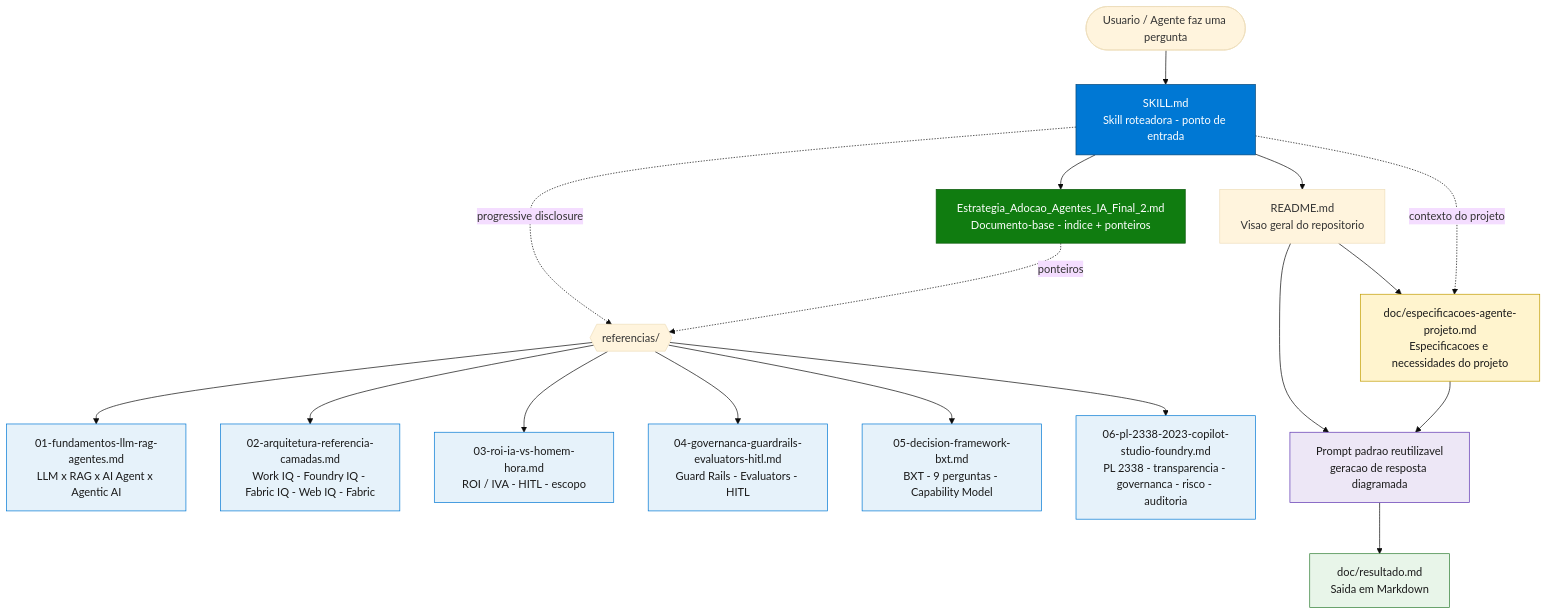
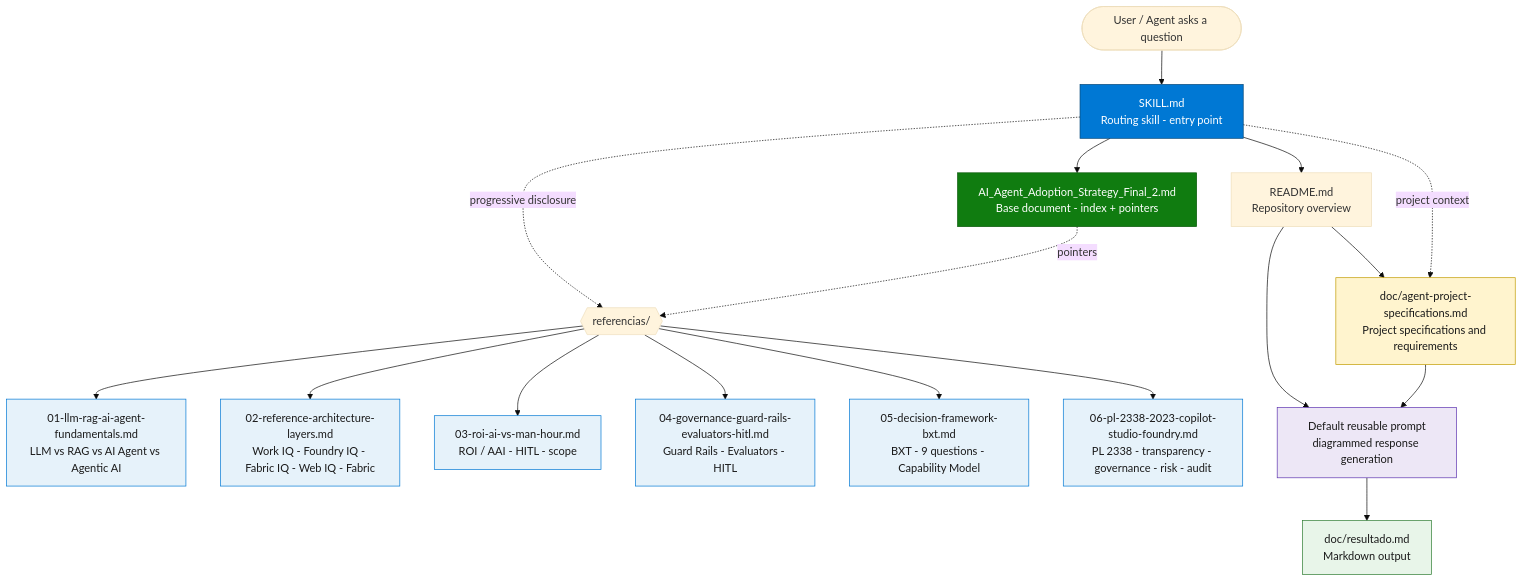
One commit to fabioharams/hubsp-ai-skill changed the first of 2 diagrams in README.md. Above: the diagram before and after it, drawn with Mermaid (base theme). The commit also changed other lines of this file and 21 other files, not shown here.

````diff
--- a/README.md
+++ b/README.md
@@ -36,35 +36,35 @@
 ```mermaid
 graph TD
-    USER([Usuario / Agente faz uma pergunta]) --> SKILL[SKILL.md<br/>Skill roteadora - ponto de entrada]
-    SKILL --> CANON[Estrategia_Adocao_Agentes_IA_Final_2.md<br/>Documento-base - indice + ponteiros]
+    USER([User / Agent asks a question]) --> SKILL[SKILL.md<br/>Routing skill - entry point]
+    SKILL --> CANON[AI_Agent_Adoption_Strategy_Final_2.md<br/>Base document - index + pointers]
 
     SKILL -. progressive disclosure .-> REF{{referencias/}}
-    CANON -. ponteiros .-> REF
+    CANON -. pointers .-> REF
 
-      REF --> R1[01-fundamentos-llm-rag-agentes.md<br/>LLM x RAG x AI Agent x Agentic AI]
-      REF --> R2[02-arquitetura-referencia-camadas.md<br/>Work IQ - Foundry IQ - Fabric IQ - Web IQ - Fabric]
-      REF --> R3[03-roi-ia-vs-homem-hora.md<br/>ROI / IVA - HITL - escopo]
-      REF --> R4[04-governanca-guardrails-evaluators-hitl.md<br/>Guard Rails - Evaluators - HITL]
-      REF --> R5[05-decision-framework-bxt.md<br/>BXT - 9 perguntas - Capability Model]
-      REF --> R6[06-pl-2338-2023-copilot-studio-foundry.md<br/>PL 2338 - transparencia - governanca - risco - auditoria]
+      REF --> R1[01-llm-rag-ai-agent-fundamentals.md<br/>LLM vs RAG vs AI Agent vs Agentic AI]
+      REF --> R2[02-reference-architecture-layers.md<br/>Work IQ - Foundry IQ - Fabric IQ - Web IQ - Fabric]
+      REF --> R3[03-roi-ai-vs-man-hour.md<br/>ROI / AAI - HITL - scope]
+      REF --> R4[04-governance-guard-rails-evaluators-hitl.md<br/>Guard Rails - Evaluators - HITL]
+      REF --> R5[05-decision-framework-bxt.md<br/>BXT - 9 questions - Capability Model]
+      REF --> R6[06-pl-2338-2023-copilot-studio-foundry.md<br/>PL 2338 - transparency - governance - risk - audit]
 
-    SKILL --> README[README.md<br/>Visao geral do repositorio]
-   README --> DOC[doc/especificacoes-agente-projeto.md<br/>Especificacoes e necessidades do projeto]
-   SKILL -. contexto do projeto .-> DOC
-   README --> PROMPT[Prompt padrao reutilizavel<br/>geracao de resposta diagramada]
+    SKILL --> README[README.md<br/>Repository overview]
+   README --> DOC[doc/agent-project-specifications.md<br/>Project specifications and requirements]
+   SKILL -. project context .-> DOC
+   README --> PROMPT[Default reusable prompt<br/>diagrammed response generation]
    DOC --> PROMPT
-   PROMPT --> OUTMD[doc/resultado.md<br/>Saida em Markdown]
+   PROMPT --> OUTMD[doc/resultado.md<br/>Markdown output]
 
     classDef entry fill:#0078D4,stroke:#004578,color:#fff;
     classDef canon fill:#107C10,stroke:#0B5A0B,color:#fff;
     classDef ref fill:#E6F2FA,stroke:#0078D4,color:#1a1a1a;
    classDef doc fill:#FFF4CE,stroke:#C19C00,color:#1a1a1a;
    classDef prompt fill:#EDE7F6,stroke:#5E35B1,color:#1a1a1a;
    classDef output fill:#E8F5E9,stroke:#2E7D32,color:#1a1a1a;
     class SKILL entry;
     class CANON canon;
    class R1,R2,R3,R4,R5,R6 ref;
    class DOC doc;
    class PROMPT prompt;
    class OUTMD output;
 ```
````
